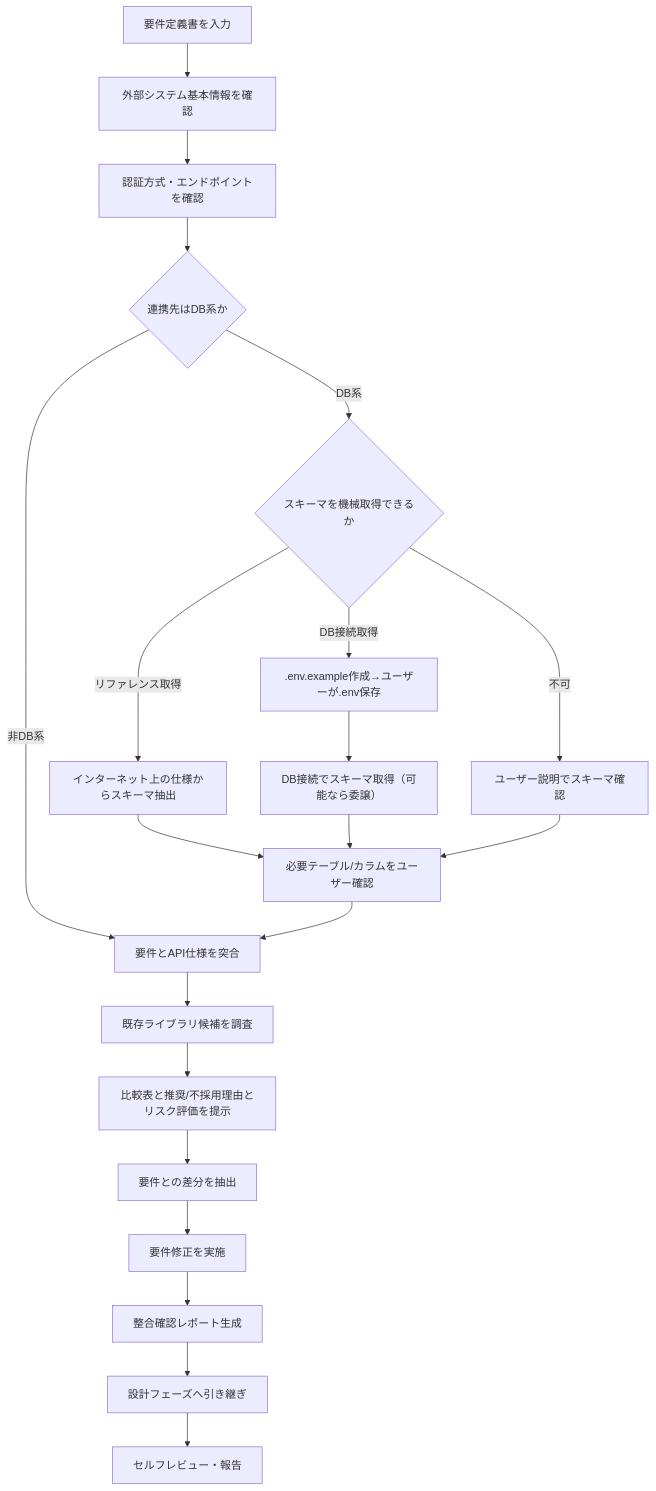
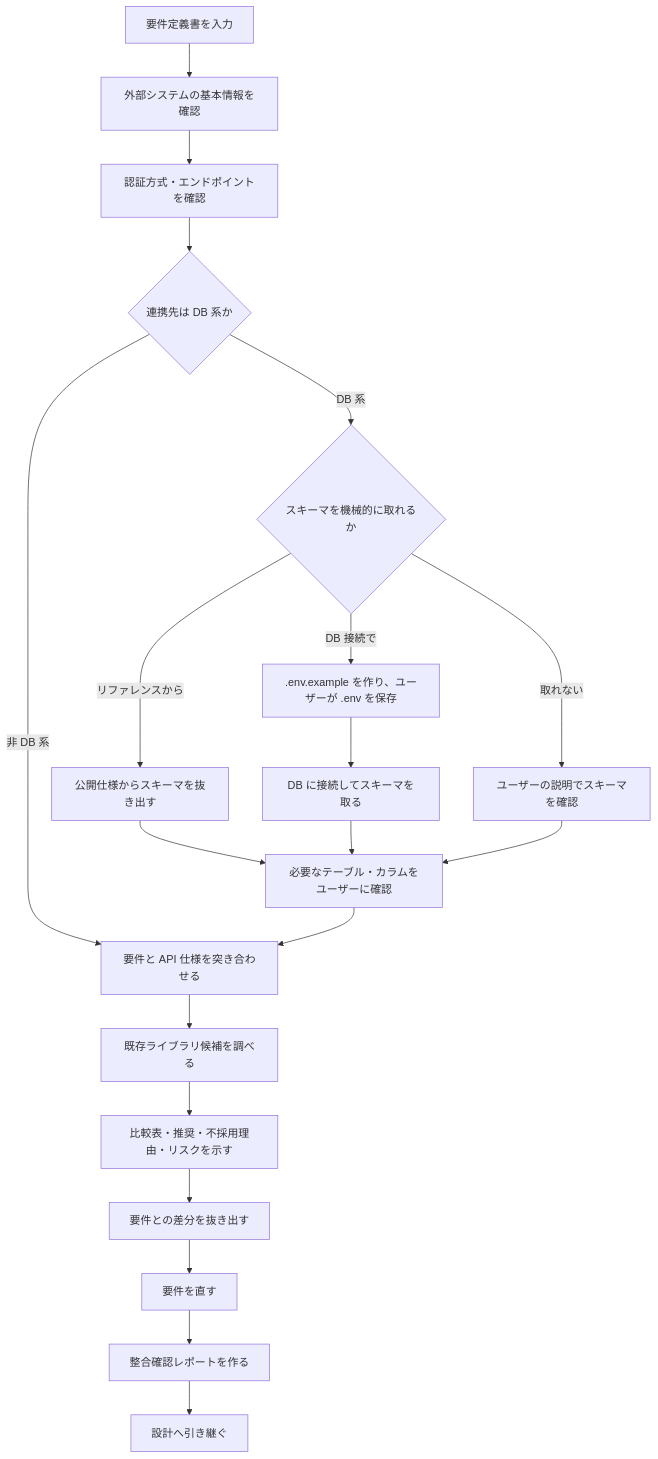
One commit to notfolder/isdd changed the diagram in skills/isdd-external-research/SKILL.md. Above: the diagram before and after it, drawn with Mermaid. The commit also changed other lines of this file and 119 other files, not shown here.

````diff
--- a/skills/isdd-external-research/SKILL.md
+++ b/skills/isdd-external-research/SKILL.md
@@ -49,23 +40,22 @@
 ```mermaid
 graph TD
-    A[要件定義書を入力] --> B[外部システム基本情報を確認]
+    A[要件定義書を入力] --> B[外部システムの基本情報を確認]
     B --> C[認証方式・エンドポイントを確認]
-    C --> D{連携先はDB系か}
-    D -->|非DB系| E[要件とAPI仕様を突合]
-    D -->|DB系| F{スキーマを機械取得できるか}
-    F -->|リファレンス取得| G[インターネット上の仕様からスキーマ抽出]
-    F -->|DB接続取得| H[.env.example作成→ユーザーが.env保存]
-    H --> I[DB接続でスキーマ取得（可能なら委譲）]
-    F -->|不可| J[ユーザー説明でスキーマ確認]
-    G --> K[必要テーブル/カラムをユーザー確認]
+    C --> D{連携先は DB 系か}
+    D -->|非 DB 系| E[要件と API 仕様を突き合わせる]
+    D -->|DB 系| F{スキーマを機械的に取れるか}
+    F -->|リファレンスから| G[公開仕様からスキーマを抜き出す]
+    F -->|DB 接続で| H[.env.example を作り、ユーザーが .env を保存]
+    H --> I[DB に接続してスキーマを取る]
+    F -->|取れない| J[ユーザーの説明でスキーマを確認]
+    G --> K[必要なテーブル・カラムをユーザーに確認]
     I --> K
     J --> K
     K --> E
-    E --> L[既存ライブラリ候補を調査]
-    L --> M[比較表と推奨/不採用理由とリスク評価を提示]
-    M --> N[要件との差分を抽出]
-    N --> O[要件修正を実施]
-    O --> P[整合確認レポート生成]
-    P --> Q[設計フェーズへ引き継ぎ]
-    Q --> R[セルフレビュー・報告]
+    E --> L[既存ライブラリ候補を調べる]
+    L --> M[比較表・推奨・不採用理由・リスクを示す]
+    M --> N[要件との差分を抜き出す]
+    N --> O[要件を直す]
+    O --> P[整合確認レポートを作る]
+    P --> Q[設計へ引き継ぐ]
 ```
````
